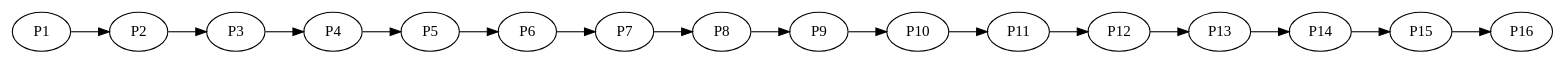
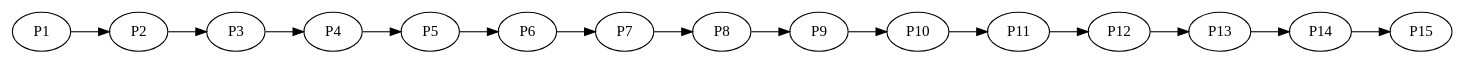
One commit to MTleen/cc-workflow changed the first of 2 diagrams in .claude/skills/ideal-flow-control/SKILL.md. Above: the diagram before and after it, drawn with Graphviz. The commit also changed other lines of this file and 87 other files, not shown here.

````diff
--- a/.claude/skills/ideal-flow-control/SKILL.md
+++ b/.claude/skills/ideal-flow-control/SKILL.md
@@ -64,9 +64,9 @@
 ```dot
 digraph phase_flow {
     rankdir=LR;
     P1 -> P2 -> P3 -> P4;
     P4 -> P5 -> P6 -> P7 -> P8;
     P8 -> P9 -> P10 -> P11 -> P12;
-    P12 -> P13 -> P14 -> P15 -> P16;
+    P12 -> P13 -> P14 -> P15;
 }
 ```
````
